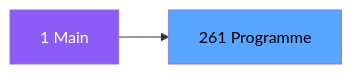
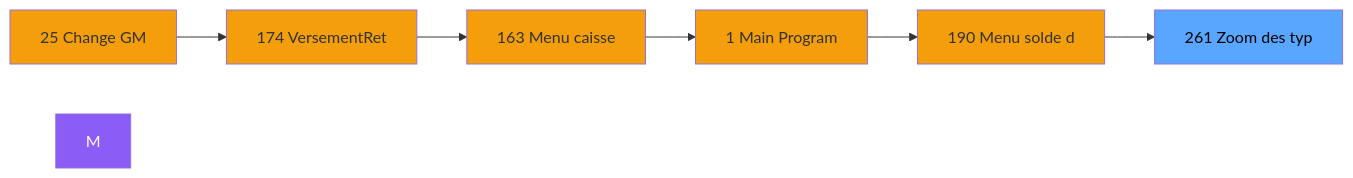
Before and after one commit to thonyAGP/magic-migration: the second of 3 diagrams in .openspec/specs/ADH-IDE-261.md, drawn with Mermaid. The commit also changed other lines of this file and 323 other files, not shown here.

````diff
--- a/.openspec/specs/ADH-IDE-261.md
+++ b/.openspec/specs/ADH-IDE-261.md
@@ -99,8 +115,21 @@
 ```mermaid
 graph LR
-    M[1 Main]
-    T[261 Programme]
-    M --> T
+    N25[25 Change GM]
+    N174[174 VersementRet]
+    N163[163 Menu caisse ]
+    N1[1 Main Program]
+    N190[190 Menu solde d]
+    T[261 Zoom des typ]
+    N25 --> N174
+    N174 --> N163
+    N163 --> N1
+    N1 --> N190
+    N190 --> T
     style M fill:#8b5cf6,color:#fff
+    style N25 fill:#f59e0b
+    style N174 fill:#f59e0b
+    style N163 fill:#f59e0b
+    style N1 fill:#f59e0b
+    style N190 fill:#f59e0b
     style T fill:#58a6ff,color:#000
 ```
````
